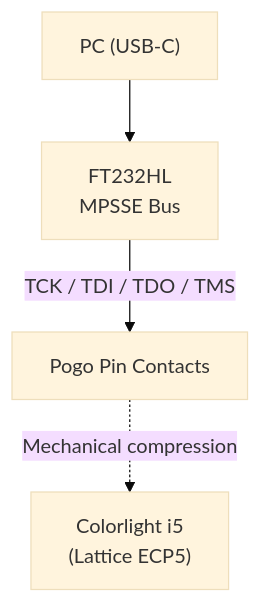
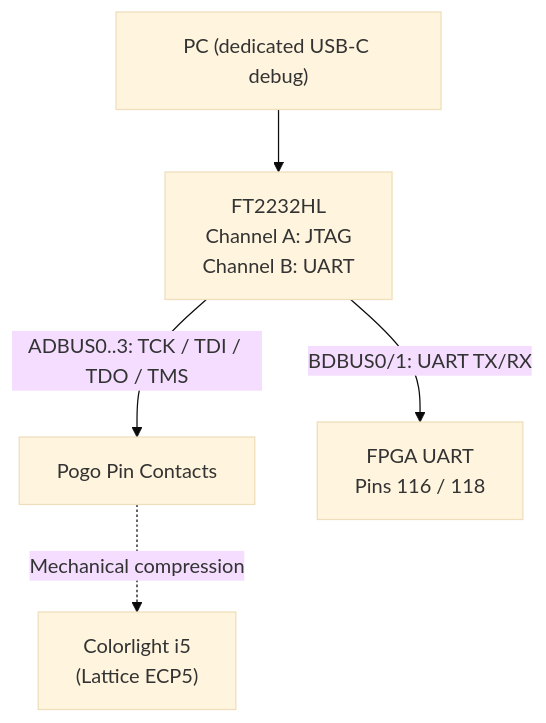
Before and after one commit to supermomo31/PCE_colorlight_carrier: the sixth of 7 diagrams in README.md, drawn with Mermaid (base theme). The commit also changed other lines of this file, not shown here.

````diff
--- a/README.md
+++ b/README.md
@@ -265,6 +267,7 @@
 ```mermaid
 graph TD
-    PC["PC (USB-C)"] --> FT232["FT232HL<br/>MPSSE Bus"]
-    FT232 -->|"TCK / TDI / TDO / TMS"| POGO["Pogo Pin Contacts"]
+    PC["PC (dedicated USB-C debug)"] --> FT2232["FT2232HL<br/>Channel A: JTAG<br/>Channel B: UART"]
+    FT2232 -->|"ADBUS0..3: TCK / TDI / TDO / TMS"| POGO["Pogo Pin Contacts"]
+    FT2232 -->|"BDBUS0/1: UART TX/RX"| UART["FPGA UART<br/>Pins 116 / 118"]
     POGO -.->|"Mechanical compression"| ECP5["Colorlight i5<br/>(Lattice ECP5)"]
 ```
````
